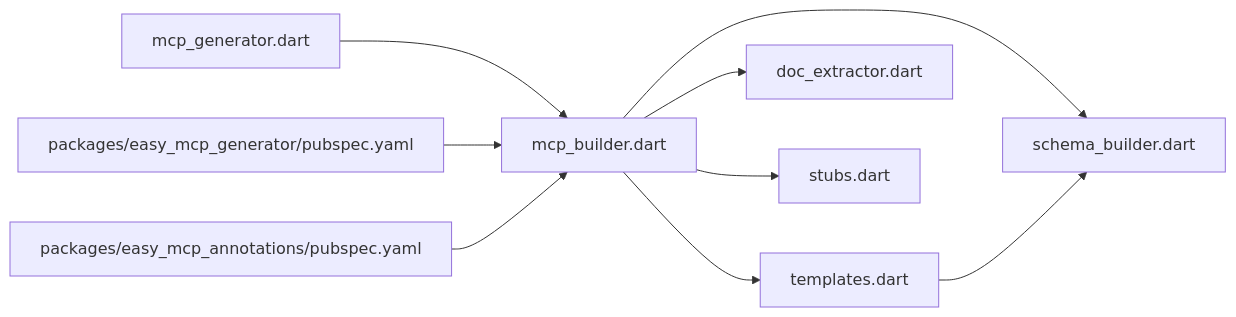
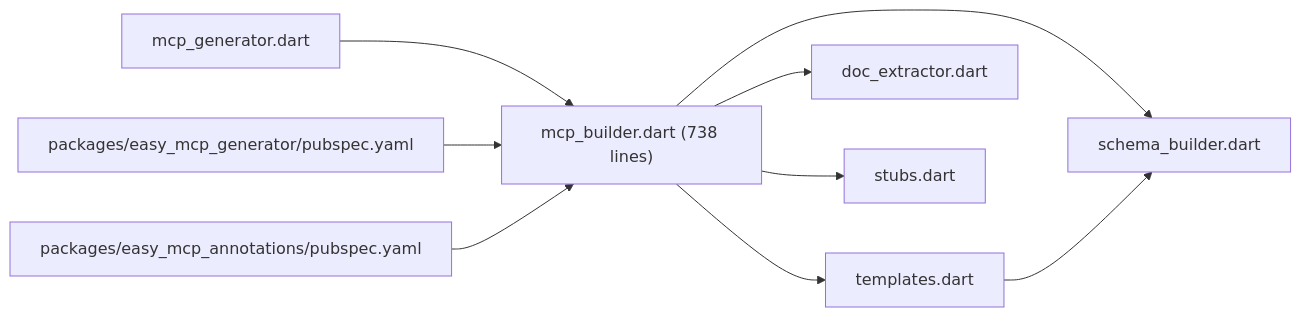
The seventh of 7 diagrams in .qoder/repowiki/en/content/Code Generation Engine/Code Generation Engine.md (cdavis-code/easy_mcp_workspace), drawn with Mermaid before and after one commit. The commit also changed other lines of this file and 14 other files, not shown here.

````diff
--- a/.qoder/repowiki/en/content/Code Generation Engine/Code Generation Engine.md
+++ b/.qoder/repowiki/en/content/Code Generation Engine/Code Generation Engine.md
@@ -361,11 +399,11 @@
 ```mermaid
 graph LR
-A["mcp_builder.dart"] --> T["templates.dart"]
+A["mcp_builder.dart (738 lines)"] --> T["templates.dart"]
 A --> S["schema_builder.dart"]
 A --> D["doc_extractor.dart"]
 A --> ST["stubs.dart"]
 T --> S
 G["mcp_generator.dart"] --> A
 PGEN["packages/easy_mcp_generator/pubspec.yaml"] --> A
 PANN["packages/easy_mcp_annotations/pubspec.yaml"] --> A
 ```
````
